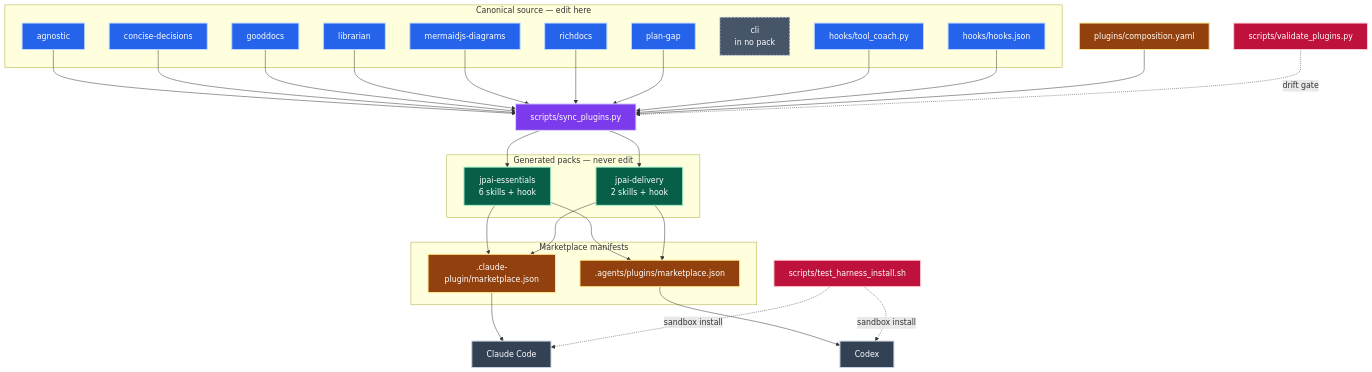
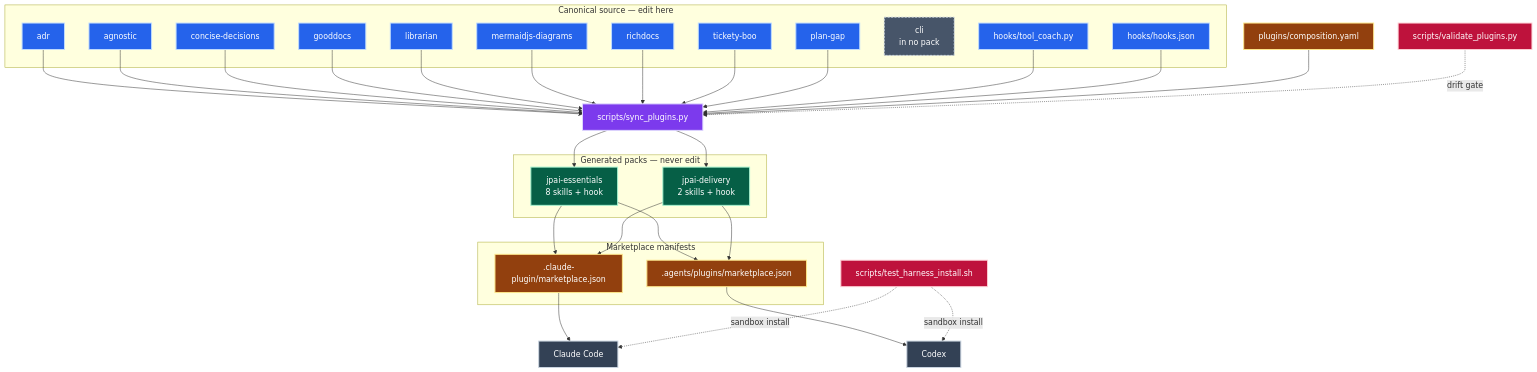
One commit to jpeakai/skills changed the second of 2 diagrams in README.md. Above: the diagram before and after it, drawn with Mermaid. The commit also changed other lines of this file and 101 other files, not shown here.

First line of the commit message:
chore(plugins): publish essentials 0.14.0 with adr

````diff
--- a/README.md
+++ b/README.md
@@ -157,53 +158,55 @@
 ```mermaid
 flowchart TB
     subgraph canon["Canonical source — edit here"]
+        AD[adr]:::src
         AG[agnostic]:::src
         CD[concise-decisions]:::src
         GD[gooddocs]:::src
         LB[librarian]:::src
         MD[mermaidjs-diagrams]:::src
         RD[richdocs]:::src
+        TB[tickety-boo]:::src
         PG[plan-gap]:::src
         CLI["cli<br/>in no pack"]:::orphan
         TC["hooks/tool_coach.py"]:::src
         HJ["hooks/hooks.json"]:::src
     end
 
     CF["plugins/composition.yaml"]:::cfg
     SY["scripts/sync_plugins.py"]:::proc
     VL["scripts/validate_plugins.py"]:::gate
     TH["scripts/test_harness_install.sh"]:::gate
 
     subgraph packs["Generated packs — never edit"]
-        ES["jpai-essentials<br/>6 skills + hook"]:::pack
+        ES["jpai-essentials<br/>8 skills + hook"]:::pack
         DL["jpai-delivery<br/>2 skills + hook"]:::pack
     end
 
     subgraph mkt["Marketplace manifests"]
         CM[".claude-plugin/marketplace.json"]:::cfg
         XM[".agents/plugins/marketplace.json"]:::cfg
     end
 
     CC["Claude Code"]:::host
     CX["Codex"]:::host
 
-    AG & CD & GD & LB & MD & RD --> SY
+    AD & AG & CD & GD & LB & MD & RD & TB --> SY
     PG --> SY
     TC & HJ --> SY
     CF --> SY
     SY --> ES
     SY --> DL
     VL -.->|drift gate| SY
     ES & DL --> CM --> CC
     ES & DL --> XM --> CX
     TH -.->|sandbox install| CC
     TH -.->|sandbox install| CX
 
     classDef src    fill:#2563eb,stroke:#bfdbfe,color:#ffffff,stroke-width:2px
     classDef orphan fill:#475569,stroke:#cbd5e1,color:#ffffff,stroke-width:2px,stroke-dasharray:4 3
     classDef cfg    fill:#92400e,stroke:#fde68a,color:#ffffff,stroke-width:2px
     classDef proc   fill:#7c3aed,stroke:#ddd6fe,color:#ffffff,stroke-width:2px
     classDef gate   fill:#be123c,stroke:#fecdd3,color:#ffffff,stroke-width:2px
     classDef pack   fill:#065f46,stroke:#a7f3d0,color:#ffffff,stroke-width:2px
     classDef host   fill:#334155,stroke:#cbd5e1,color:#ffffff,stroke-width:2px
 ```
````
